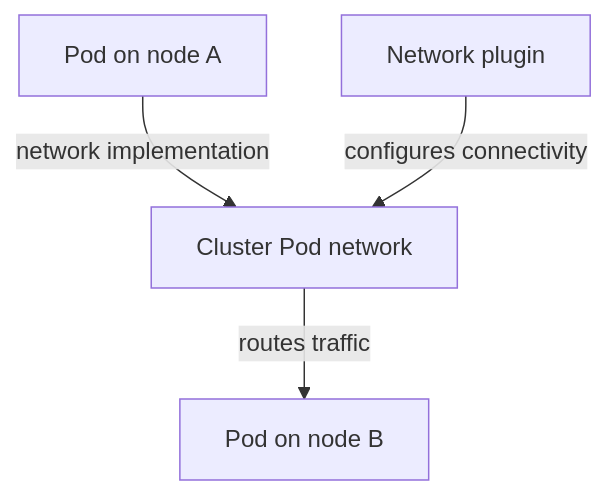
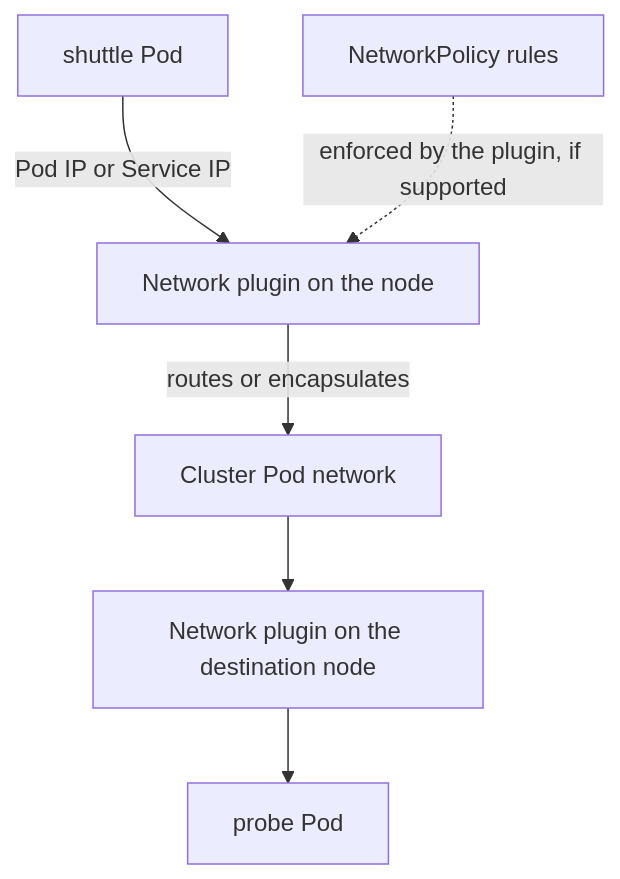
One commit to astrona-io/ATS042 changed the diagram in sections/section-090/module-01/course-01-pod-networks-and-policy-boundaries.md. Above: the diagram before and after it, drawn with Mermaid. The commit also changed other lines of this file and 485 other files, not shown here.

````diff
--- a/sections/section-090/module-01/course-01-pod-networks-and-policy-boundaries.md
+++ b/sections/section-090/module-01/course-01-pod-networks-and-policy-boundaries.md
@@ -16,6 +26,8 @@
 ```mermaid
 flowchart TB
-    A["Pod on node A"] -->|"network implementation"| N["Cluster Pod network"]
-    N -->|"routes traffic"| B["Pod on node B"]
-    C["Network plugin"] -->|"configures connectivity"| N
+  S["shuttle Pod"] -->|"Pod IP or Service IP"| P["Network plugin on the node"]
+  P -->|"routes or encapsulates"| N["Cluster Pod network"]
+  N --> D["Network plugin on the destination node"]
+  D --> T["probe Pod"]
+  X["NetworkPolicy rules"] -.->|"enforced by the plugin, if supported"| P
 ```
````
